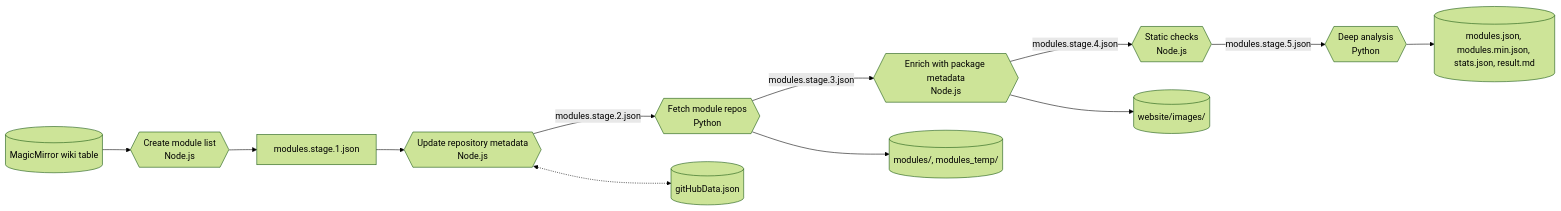
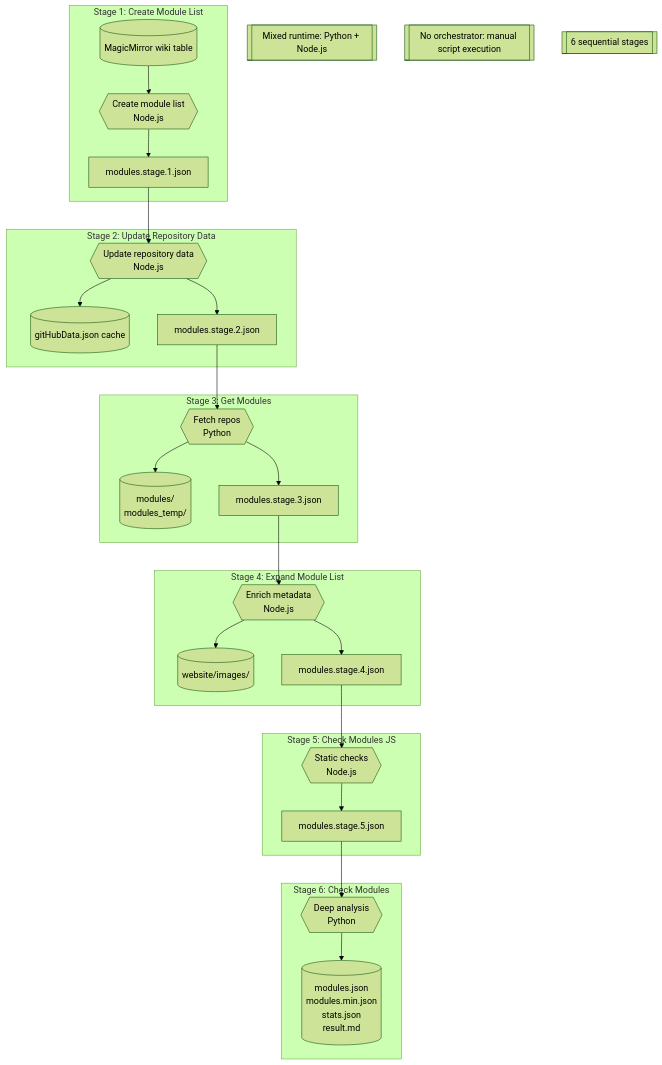
The second of 4 diagrams in docs/architecture.md (KristjanESPERANTO/MagicMirror-3rd-Party-Modules), drawn with Mermaid (forest theme) before and after one commit. The commit also changed other lines of this file and 1 other file, not shown here.

Commit message:
docs: update architecture vision with 3-phase streaming target state

````diff
--- a/docs/architecture.md
+++ b/docs/architecture.md
@@ -50,14 +69,39 @@
 ```mermaid
-flowchart LR
-  wiki[("MagicMirror wiki table")] --> createLegacy{{"Create module list<br>Node.js"}}
-  createLegacy --> stage1Legacy["modules.stage.1.json"]
-  stage1Legacy --> updateLegacy{{"Update repository metadata<br>Node.js"}}
-  updateLegacy -- "modules.stage.2.json" --> getLegacy{{"Fetch module repos<br>Python"}}
-  updateLegacy <-.-> cacheLegacy[("gitHubData.json")]
-  getLegacy -- "modules.stage.3.json" --> expandLegacy{{"Enrich with package metadata<br>Node.js"}}
-  getLegacy --> clonesLegacy[("modules/, modules_temp/")]
-  expandLegacy -- "modules.stage.4.json" --> checkjsLegacy{{"Static checks<br>Node.js"}}
-  expandLegacy --> imagesLegacy[("website/images/")]
-  checkjsLegacy -- "modules.stage.5.json" --> checkLegacy{{"Deep analysis<br>Python"}}
-  checkLegacy --> outputsLegacy[("modules.json, modules.min.json, stats.json, result.md")]
+flowchart TB
+  subgraph Stage 1: Create Module List
+    wiki[("MagicMirror wiki table")] --> createLegacy{{Create module list<br>Node.js}}
+    createLegacy --> stage1Legacy["modules.stage.1.json"]
+  end
+
+  subgraph Stage 2: Update Repository Data
+    stage1Legacy --> updateLegacy{{Update repository data<br>Node.js}}
+    updateLegacy --> cacheLegacy[("gitHubData.json cache")]
+    updateLegacy --> stage2Legacy["modules.stage.2.json"]
+  end
+
+  subgraph Stage 3: Get Modules
+    stage2Legacy --> getLegacy{{Fetch repos<br>Python}}
+    getLegacy --> clonesLegacy[("modules/<br>modules_temp/")]
+    getLegacy --> stage3Legacy["modules.stage.3.json"]
+  end
+
+  subgraph Stage 4: Expand Module List
+    stage3Legacy --> expandLegacy{{Enrich metadata<br>Node.js}}
+    expandLegacy --> imagesLegacy[("website/images/")]
+    expandLegacy --> stage4Legacy["modules.stage.4.json"]
+  end
+
+  subgraph Stage 5: Check Modules JS
+    stage4Legacy --> checkjsLegacy{{Static checks<br>Node.js}}
+    checkjsLegacy --> stage5Legacy["modules.stage.5.json"]
+  end
+
+  subgraph Stage 6: Check Modules
+    stage5Legacy --> checkLegacy{{Deep analysis<br>Python}}
+    checkLegacy --> outputsLegacy[("modules.json<br>modules.min.json<br>stats.json<br>result.md")]
+  end
+
+  note1[["Mixed runtime: Python + Node.js"]]
+  note2[["No orchestrator: manual script execution"]]
+  note3[["6 sequential stages"]]
 ```
````
